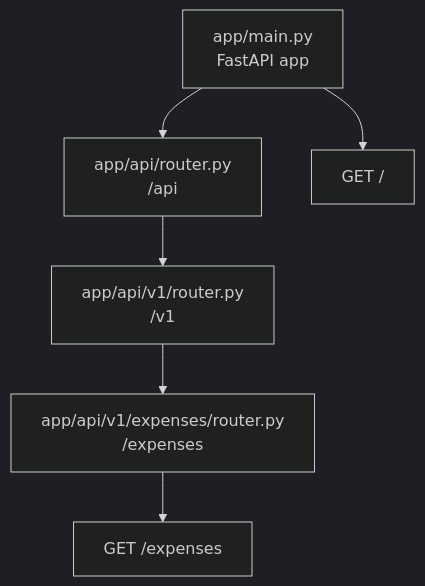
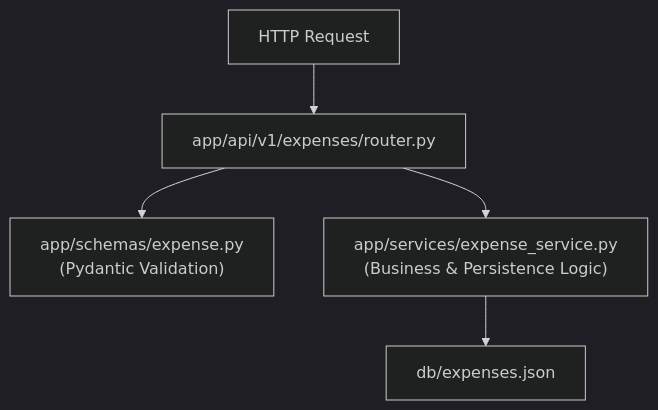
Before and after one commit to meshal10613/Expense-Tracker-API-with-Python-FastAPI: the second of 2 diagrams in docs/ARCHITECTURE.md, drawn with Mermaid (dark theme). The commit also changed other lines of this file and 8 other files, not shown here.

First line of the commit message:
feat(expenses): add Pydantic schema validation, date auto-generation, and service layer persistence

````diff
--- a/docs/ARCHITECTURE.md
+++ b/docs/ARCHITECTURE.md
@@ -133,15 +46,7 @@
 ```mermaid
 graph TD
-    Main["app/main.py<br/>FastAPI app"]
-    ApiRouter["app/api/router.py<br/>/api"]
-    V1Router["app/api/v1/router.py<br/>/v1"]
-    ExpensesRouter["app/api/v1/expenses/router.py<br/>/expenses"]
-    ExpensesEndpoint["GET /expenses"]
-    Root["GET /"]
-
-    Main --> Root
-    Main --> ApiRouter
-    ApiRouter --> V1Router
-    V1Router --> ExpensesRouter
-    ExpensesRouter --> ExpensesEndpoint
+    Request["HTTP Request"] --> Router["app/api/v1/expenses/router.py"]
+    Router --> Schema["app/schemas/expense.py<br/>(Pydantic Validation)"]
+    Router --> Service["app/services/expense_service.py<br/>(Business & Persistence Logic)"]
+    Service --> Storage["db/expenses.json"]
 ```
````
